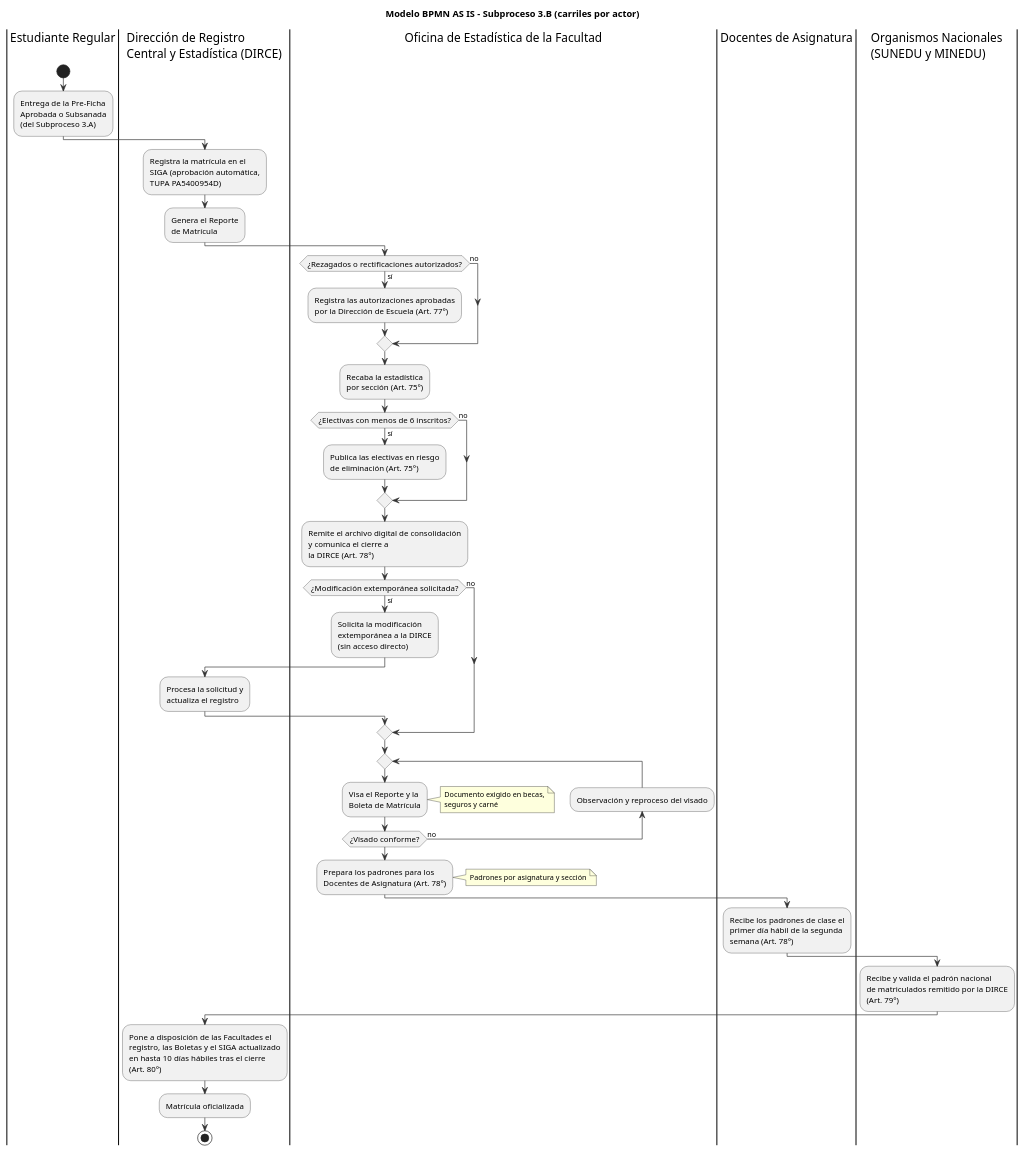
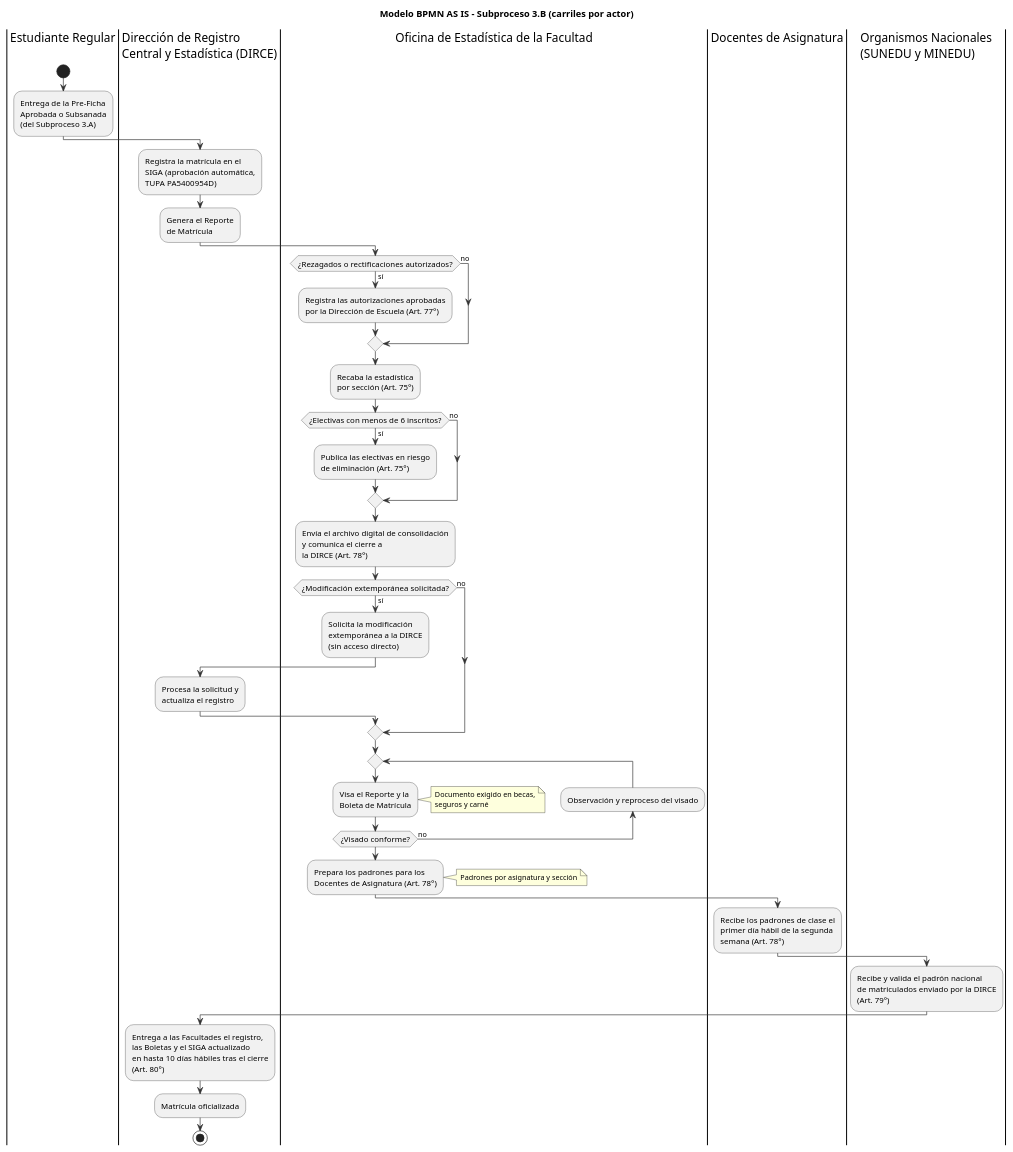
The diagram in trabajo_grupal/diagramas/asis_subproceso_3b_bpmn.puml (AldoLunaBueno/cc0f6_topicos_procesos_grupo), drawn with PlantUML before and after one commit. The commit also changed 5 other files, not shown here.

```diff
--- a/trabajo_grupal/diagramas/asis_subproceso_3b_bpmn.puml
+++ b/trabajo_grupal/diagramas/asis_subproceso_3b_bpmn.puml
@@ -1,78 +1,78 @@
 @startuml asis_subproceso_3b_bpmn
 title Modelo BPMN AS IS - Subproceso 3.B (carriles por actor)
 skinparam backgroundColor #FFFFFF
 skinparam shadowing false
 skinparam ArrowColor #333333
 skinparam ActivityBorderColor #333333
 skinparam ConditionEndStyle diamond
 skinparam dpi 100
 skinparam ActivityFontSize 12
 skinparam NoteFontSize 11
 
 |Estudiante Regular|
 start
 :Entrega de la Pre-Ficha
 Aprobada o Subsanada
 (del Subproceso 3.A);
 
 |Dirección de Registro\nCentral y Estadística (DIRCE)|
 :Registra la matrícula en el
 SIGA (aprobación automática,
 TUPA PA5400954D);
 :Genera el Reporte
 de Matrícula;
 
 |Oficina de Estadística de la Facultad|
 if (¿Rezagados o rectificaciones autorizados?) then (sí)
   :Registra las autorizaciones aprobadas
   por la Dirección de Escuela (Art. 77°);
 else (no)
 endif
 :Recaba la estadística
 por sección (Art. 75°);
 if (¿Electivas con menos de 6 inscritos?) then (sí)
   :Publica las electivas en riesgo
   de eliminación (Art. 75°);
 else (no)
 endif
-:Remite el archivo digital de consolidación
+:Envía el archivo digital de consolidación
 y comunica el cierre a
 la DIRCE (Art. 78°);
 if (¿Modificación extemporánea solicitada?) then (sí)
   :Solicita la modificación
   extemporánea a la DIRCE
   (sin acceso directo);
   |Dirección de Registro\nCentral y Estadística (DIRCE)|
   :Procesa la solicitud y
   actualiza el registro;
 else (no)
 endif
 |Oficina de Estadística de la Facultad|
 repeat
   :Visa el Reporte y la
   Boleta de Matrícula;
   note right
   Documento exigido en becas,
   seguros y carné
   end note
 backward:Observación y reproceso del visado;
 repeatwhile (¿Visado conforme?) is (no)
 :Prepara los padrones para los
 Docentes de Asignatura (Art. 78°);
 note right: Padrones por asignatura y sección
 |Docentes de Asignatura|
 :Recibe los padrones de clase el
 primer día hábil de la segunda
 semana (Art. 78°);
 |Organismos Nacionales\n(SUNEDU y MINEDU)|
 :Recibe y valida el padrón nacional
-de matriculados remitido por la DIRCE
+de matriculados enviado por la DIRCE
 (Art. 79°);
 |Dirección de Registro\nCentral y Estadística (DIRCE)|
-:Pone a disposición de las Facultades el
-registro, las Boletas y el SIGA actualizado
+:Entrega a las Facultades el registro,
+las Boletas y el SIGA actualizado
 en hasta 10 días hábiles tras el cierre
 (Art. 80°);
 :Matrícula oficializada;
 stop
 @enduml
```
